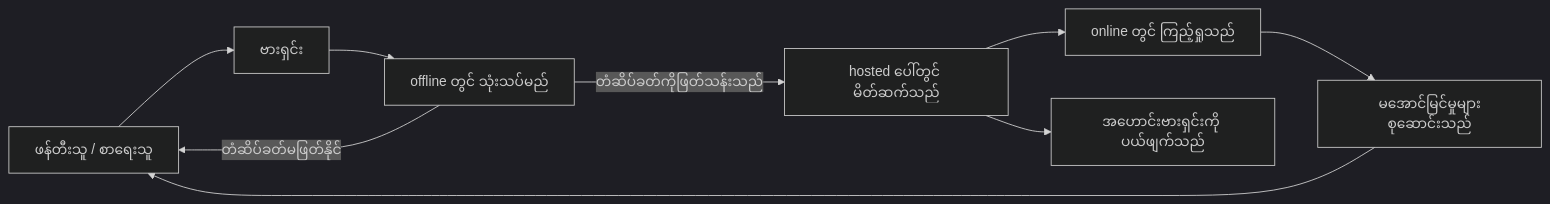
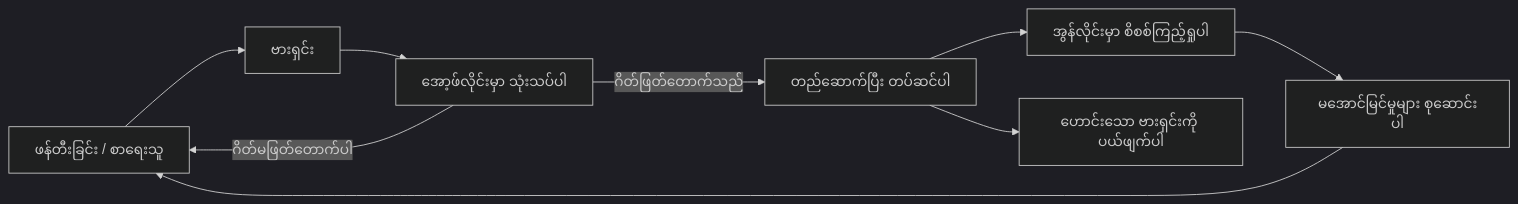
One commit to gabrielmoreira/agent-skills-mirror changed the second of 4 diagrams in mirrors/repos/microsoft@ai-agents-for-beginners/translations/my/16-deploying-scalable-agents/README.md. Above: the diagram before and after it, drawn with Mermaid (dark theme). The commit also changed other lines of this file and 4262 other files, not shown here.

````diff
--- a/mirrors/repos/microsoft@ai-agents-for-beginners/translations/my/16-deploying-scalable-agents/README.md
+++ b/mirrors/repos/microsoft@ai-agents-for-beginners/translations/my/16-deploying-scalable-agents/README.md
@@ -108,11 +108,11 @@
 ```mermaid
 flowchart LR
-    Create[ဖန်တီးသူ / စာရေးသူ] --> Version[ဗားရှင်း]
-    Version --> Evaluate[offline တွင် သုံးသပ်မည်]
-    Evaluate -->|တံဆိပ်ခတ်ကိုဖြတ်သန်းသည်| Deploy[hosted ပေါ်တွင် မိတ်ဆက်သည်]
-    Evaluate -->|တံဆိပ်ခတ်မဖြတ်နိုင်| Create
-    Deploy --> Observe[online တွင် ကြည့်ရှုသည်]
-    Observe --> Improve[မအောင်မြင်မှုများစုဆောင်းသည်]
+    Create[ဖန်တီးခြင်း / စာရေးသူ] --> Version[ဗားရှင်း]
+    Version --> Evaluate[အော့ဖ်လိုင်းမှာ သုံးသပ်ပါ]
+    Evaluate -->|ဂိတ်ဖြတ်တောက်သည်| Deploy[တည်ဆောက်ပြီး တပ်ဆင်ပါ]
+    Evaluate -->|ဂိတ်မဖြတ်တောက်ပါ| Create
+    Deploy --> Observe[အွန်လိုင်းမှာ စိစစ်ကြည့်ရှုပါ]
+    Observe --> Improve[မအောင်မြင်မှုများ စုဆောင်းပါ]
     Improve --> Create
-    Deploy --> Retire[အဟောင်းဗားရှင်းကို ပယ်ဖျက်သည်]
+    Deploy --> Retire[ဟောင်းသော ဗားရှင်းကို ပယ်ဖျက်ပါ]
 ```
````
